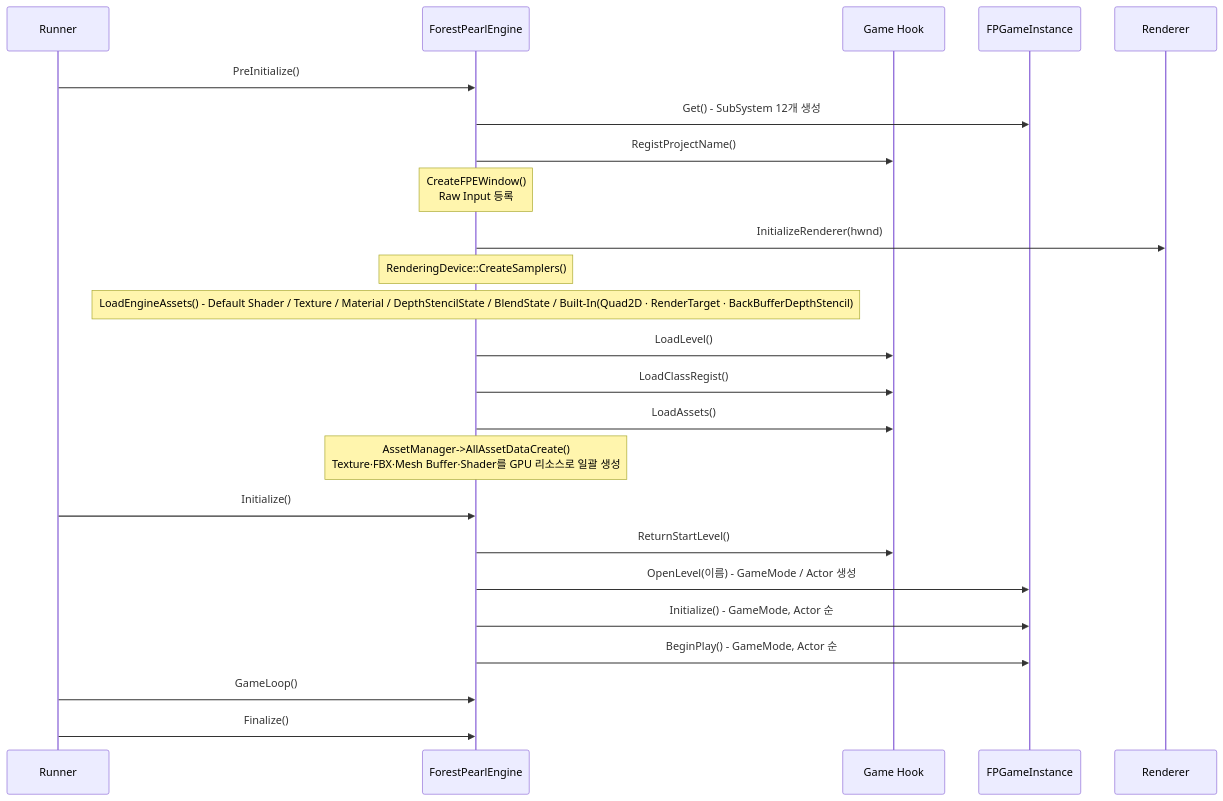
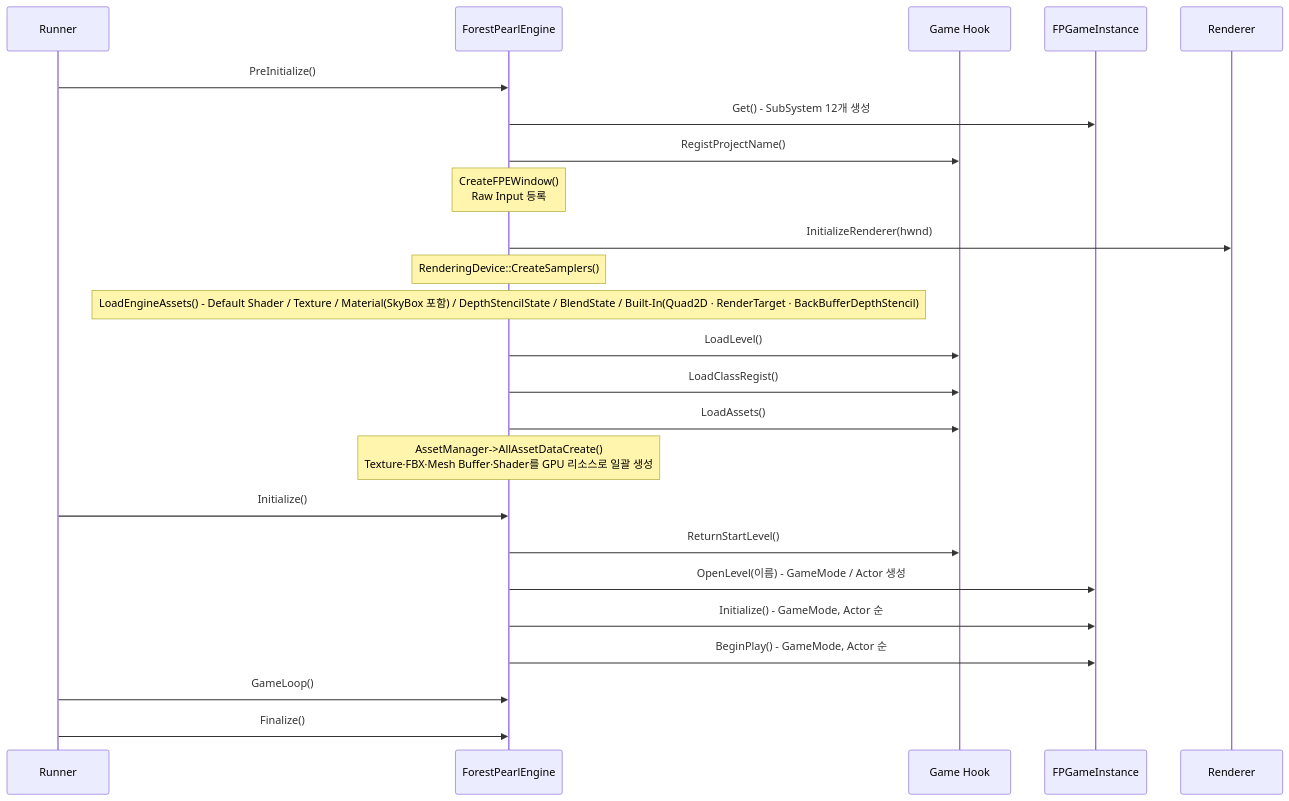
Before and after one commit to Gat-Young/ForestPearlEngine: the third of 25 diagrams in README.md, drawn with Mermaid. The commit also changed other lines of this file and 41 other files, not shown here.

Commit message:
:t-rex: : SkyBox

````diff
--- a/README.md
+++ b/README.md
@@ -444,29 +449,29 @@
 ```mermaid
 sequenceDiagram
     participant Run as Runner
     participant Eng as ForestPearlEngine
     participant Game as Game Hook
     participant GI as FPGameInstance
     participant Ren as Renderer
 
     Run->>Eng: PreInitialize()
     Eng->>GI: Get() - SubSystem 12개 생성
     Eng->>Game: RegistProjectName()
     Note over Eng: CreateFPEWindow()<br/>Raw Input 등록
     Eng->>Ren: InitializeRenderer(hwnd)
     Note over Eng: RenderingDevice::CreateSamplers()
-    Note over Eng: LoadEngineAssets() - Default Shader / Texture / Material / DepthStencilState / BlendState / Built-In(Quad2D · RenderTarget · BackBufferDepthStencil)
+    Note over Eng: LoadEngineAssets() - Default Shader / Texture / Material(SkyBox 포함) / DepthStencilState / BlendState / Built-In(Quad2D · RenderTarget · BackBufferDepthStencil)
     Eng->>Game: LoadLevel()
     Eng->>Game: LoadClassRegist()
     Eng->>Game: LoadAssets()
     Note over Eng: AssetManager->AllAssetDataCreate()<br/>Texture·FBX·Mesh Buffer·Shader를 GPU 리소스로 일괄 생성
 
     Run->>Eng: Initialize()
     Eng->>Game: ReturnStartLevel()
     Eng->>GI: OpenLevel(이름) - GameMode / Actor 생성
     Eng->>GI: Initialize() - GameMode, Actor 순
     Eng->>GI: BeginPlay() - GameMode, Actor 순
 
     Run->>Eng: GameLoop()
     Run->>Eng: Finalize()
 ```
````
